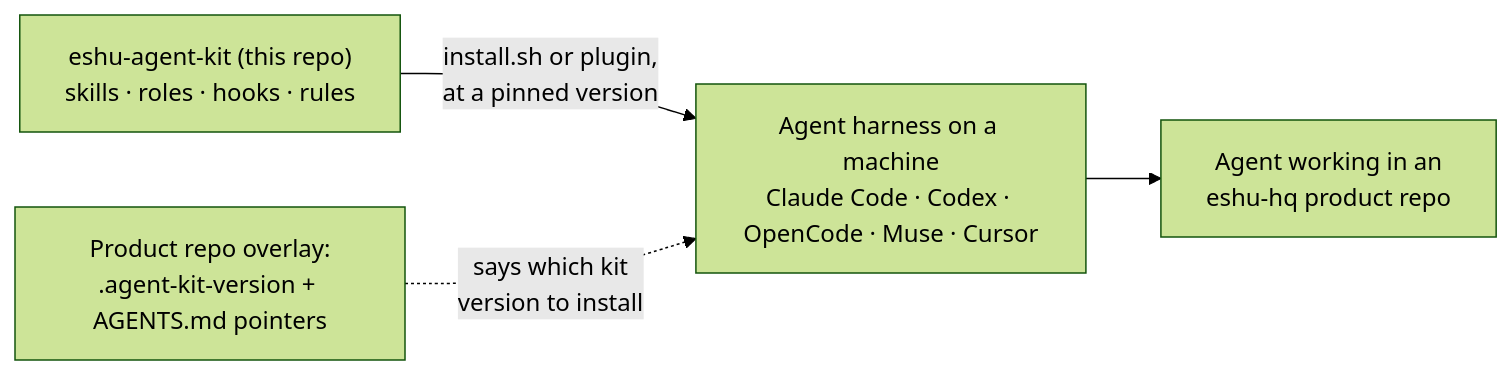
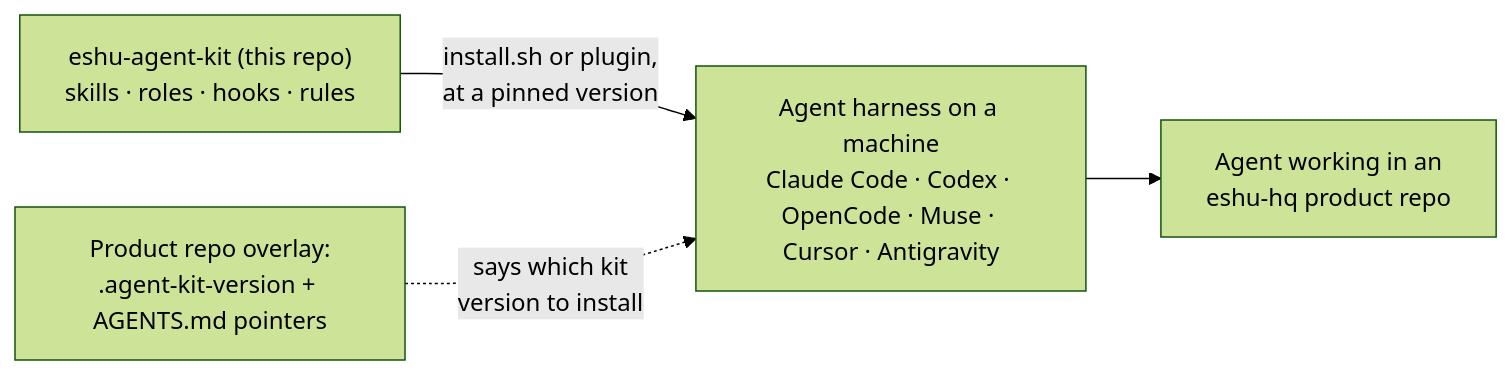
Before and after one commit to eshu-hq/eshu-agent-kit: the diagram in README.md, drawn with Mermaid (forest theme). The commit also changed 22 other files, not shown here.

First line of the commit message:
Add Antigravity (agy) skills, subagents, and launcher support

````diff
--- a/README.md
+++ b/README.md
@@ -15,6 +15,6 @@
 ```mermaid
 flowchart LR
-    KIT["eshu-agent-kit (this repo)<br/>skills · roles · hooks · rules"] -->|"install.sh or plugin,<br/>at a pinned version"| H["Agent harness on a machine<br/>Claude Code · Codex · OpenCode · Muse · Cursor"]
+    KIT["eshu-agent-kit (this repo)<br/>skills · roles · hooks · rules"] -->|"install.sh or plugin,<br/>at a pinned version"| H["Agent harness on a machine<br/>Claude Code · Codex · OpenCode · Muse · Cursor · Antigravity"]
     H --> A["Agent working in an<br/>eshu-hq product repo"]
     R["Product repo overlay:<br/>.agent-kit-version + AGENTS.md pointers"] -.->|"says which kit<br/>version to install"| H
 ```
````
